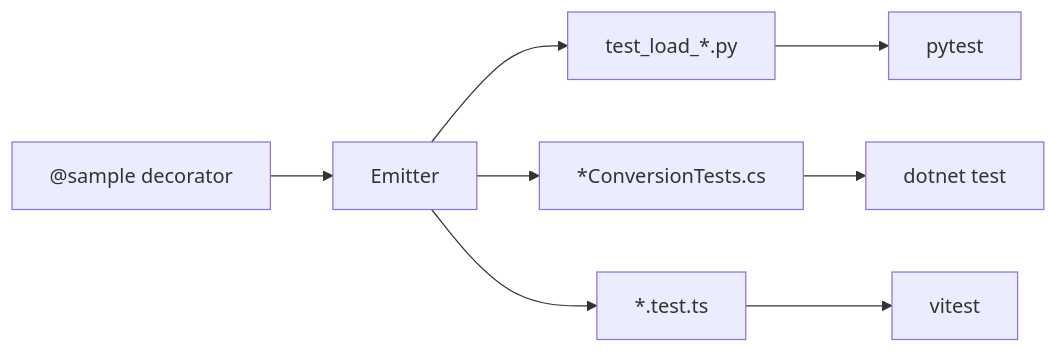
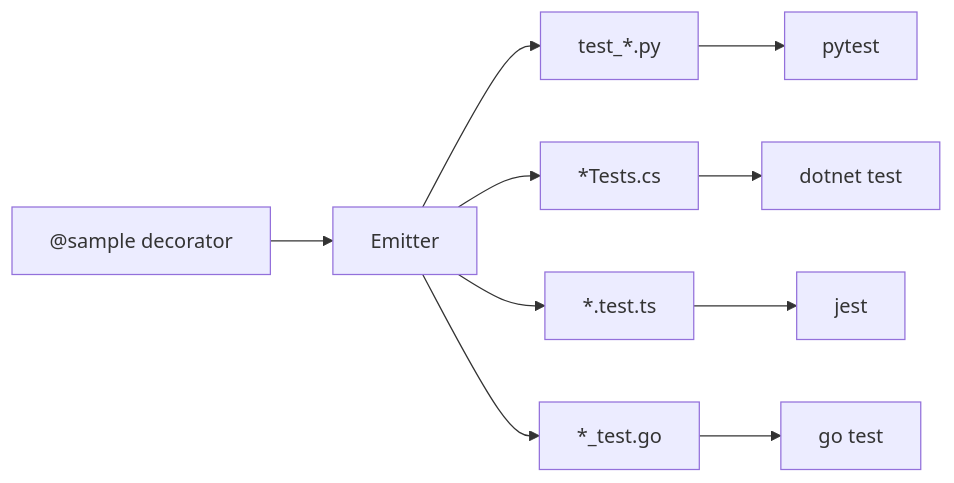
Before and after one commit to microsoft/AgentSchema: the diagram in docs/src/content/docs/contributing/testing.mdx, drawn with Mermaid. The commit also changed other lines of this file and 333 other files, not shown here.

````diff
--- a/docs/src/content/docs/contributing/testing.mdx
+++ b/docs/src/content/docs/contributing/testing.mdx
@@ -60,10 +100,12 @@
 ```mermaid
 flowchart LR
     A["@sample decorator"] --> B[Emitter]
-    B --> C[test_load_*.py]
-    B --> D[*ConversionTests.cs]
+    B --> C[test_*.py]
+    B --> D[*Tests.cs]
     B --> E[*.test.ts]
-    C --> F[pytest]
-    D --> G[dotnet test]
-    E --> H[vitest]
+    B --> F[*_test.go]
+    C --> G[pytest]
+    D --> H[dotnet test]
+    E --> I[jest]
+    F --> J[go test]
 ```
````
